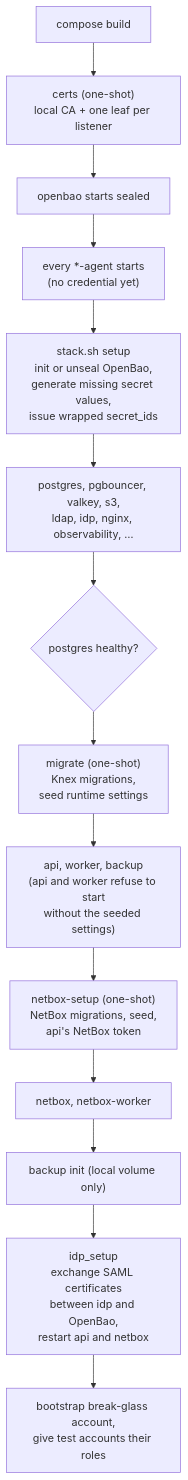
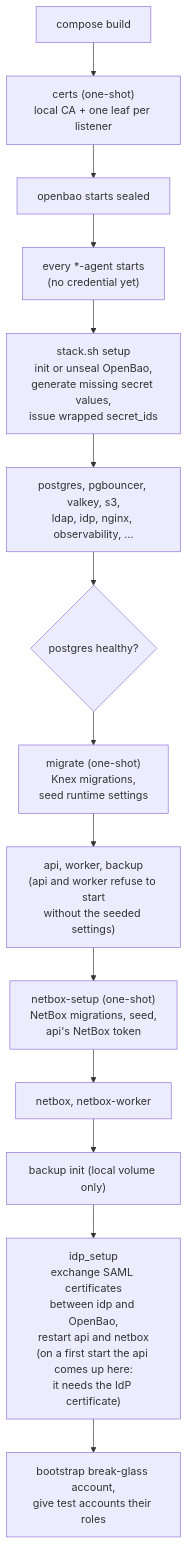
The first of 3 diagrams in docs/adr_v2/diagrams/startup-and-secrets.md (rabalyn/feathers-skeleton-stack), drawn with Mermaid before and after one commit. The commit also changed 1 other file, not shown here.

Commit message:
fix(stack): leave waiting for the api to idp_setup on a first start
Before idp_setup has read the local IdP's certificate into OpenBao, the
api refuses its configuration, so on a fully cold start it can only come
up when idp_setup restarts it, which waits for it already.

````diff
--- a/docs/adr_v2/diagrams/startup-and-secrets.md
+++ b/docs/adr_v2/diagrams/startup-and-secrets.md
@@ -9,16 +9,16 @@
 ```mermaid
 flowchart TD
   build["compose build"] --> certs["certs (one-shot)<br>local CA + one leaf per listener"]
   certs --> openbao["openbao starts sealed"]
   openbao --> agents["every *-agent starts<br>(no credential yet)"]
   agents --> setup["stack.sh setup<br>init or unseal OpenBao,<br>generate missing secret values,<br>issue wrapped secret_ids"]
   setup --> services["postgres, pgbouncer, valkey, s3,<br>ldap, idp, nginx, observability, …"]
   services --> pgHealthy{"postgres healthy?"}
   pgHealthy --> migrate["migrate (one-shot)<br>Knex migrations,<br>seed runtime settings"]
   migrate --> appJobs["api, worker, backup<br>(api and worker refuse to start<br>without the seeded settings)"]
   appJobs --> netboxSetup["netbox-setup (one-shot)<br>NetBox migrations, seed,<br>api's NetBox token"]
   netboxSetup --> netbox["netbox, netbox-worker"]
   netbox --> init["backup init (local volume only)"]
-  init --> idpSetup["idp_setup<br>exchange SAML certificates<br>between idp and OpenBao,<br>restart api and netbox"]
+  init --> idpSetup["idp_setup<br>exchange SAML certificates<br>between idp and OpenBao,<br>restart api and netbox<br>(on a first start the api comes up here:<br>it needs the IdP certificate)"]
   idpSetup --> breakglass["bootstrap break-glass account,<br>give test accounts their roles"]
 ```
````
